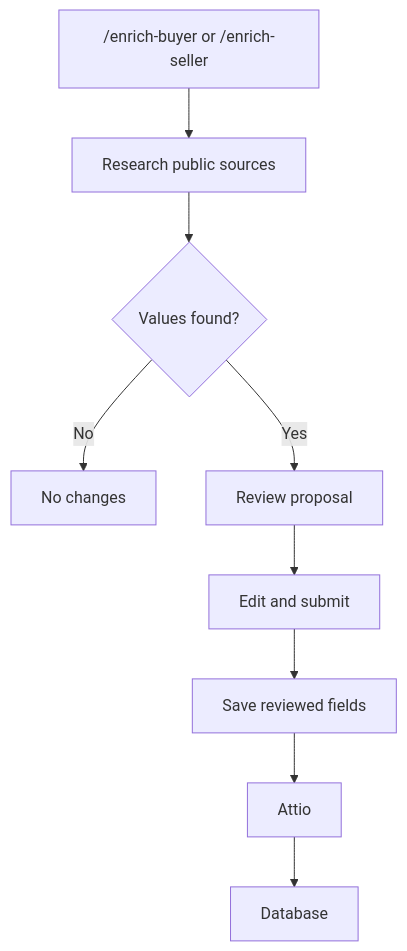
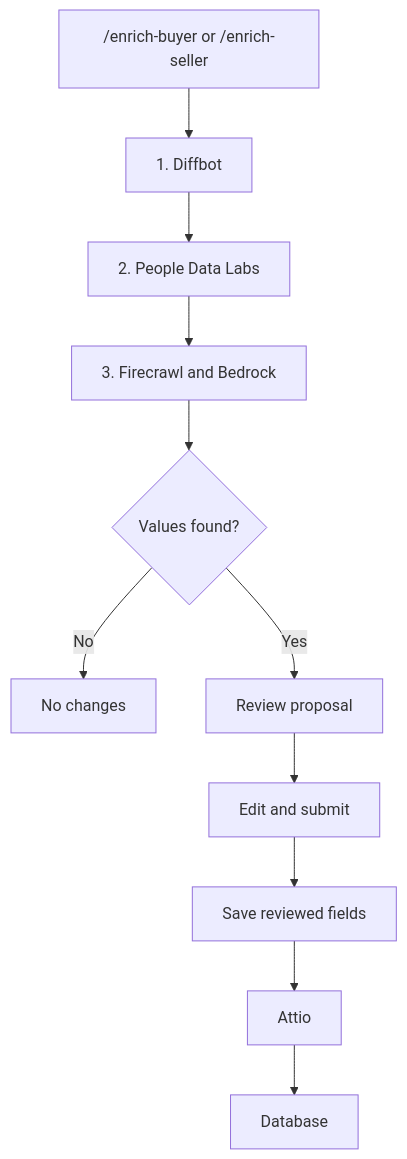
One commit to wusool-capital/wusool-infra changed the fourth of 4 diagrams in docs/user-guide/toolkit.md. Above: the diagram before and after it, drawn with Mermaid. The commit also changed other lines of this file and 5 other files, not shown here.

````diff
--- a/docs/user-guide/toolkit.md
+++ b/docs/user-guide/toolkit.md
@@ -116,8 +116,10 @@
 ```mermaid
 flowchart TD
-  enrich["/enrich-buyer or /enrich-seller"] --> research["Research public sources"]
-  research --> values{"Values found?"}
+  enrich["/enrich-buyer or /enrich-seller"] --> diffbot["1. Diffbot"]
+  diffbot --> pdl["2. People Data Labs"]
+  pdl --> firecrawl["3. Firecrawl and Bedrock"]
+  firecrawl --> values{"Values found?"}
   values -- "No" --> none["No changes"]
   values -- "Yes" --> review["Review proposal"] --> edit["Edit and submit"]
   edit --> save["Save reviewed fields"] --> attio["Attio"] --> database["Database"]
 ```
````
